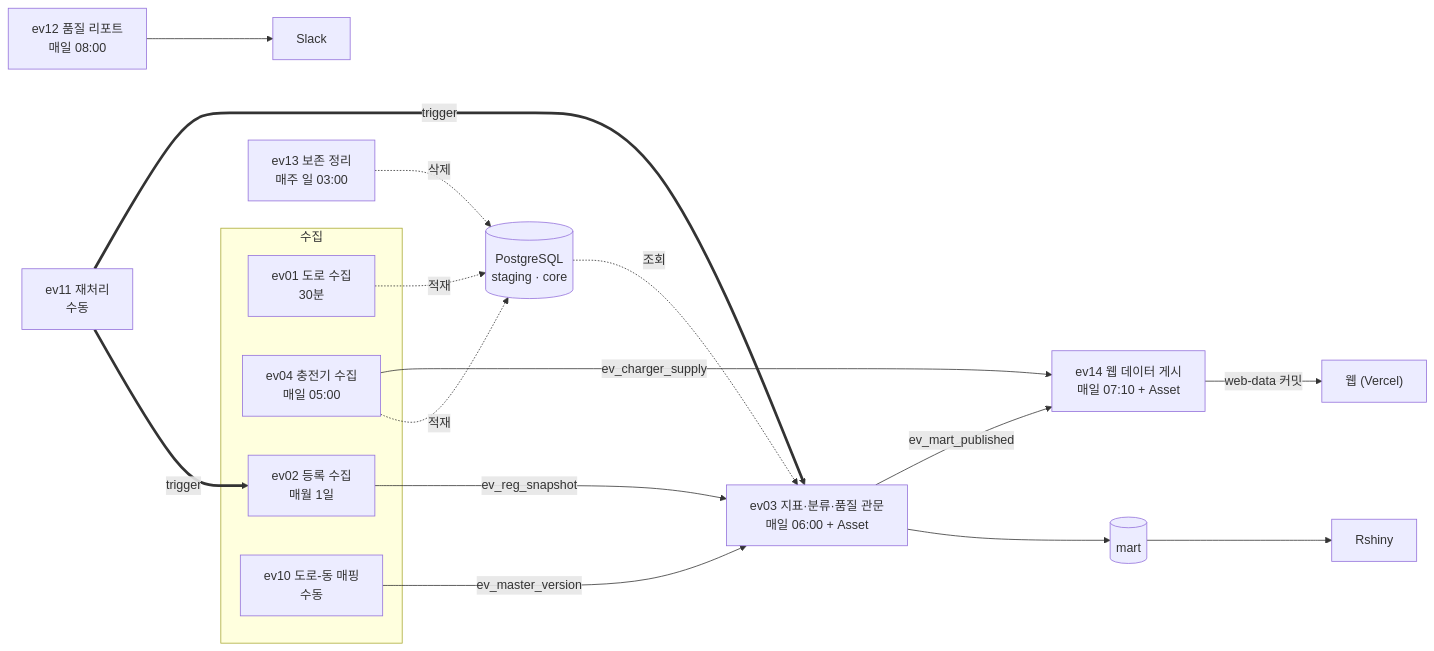
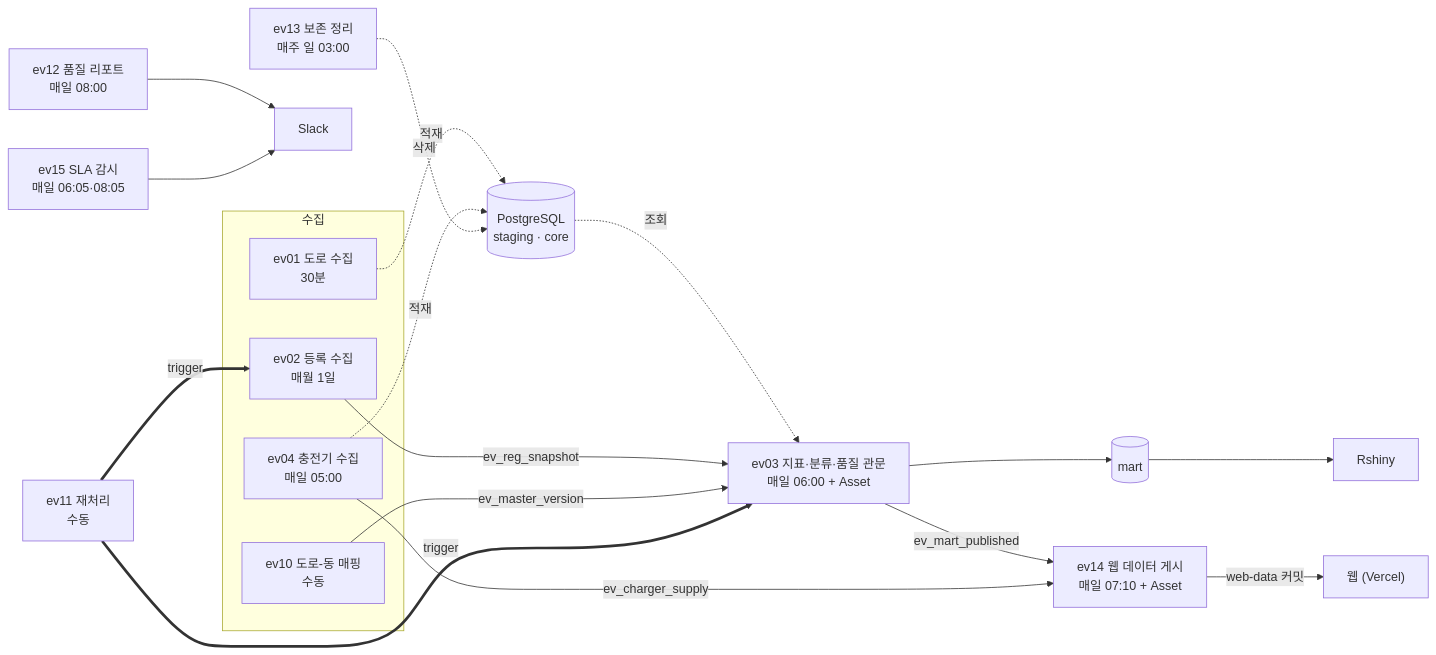
The diagram in README.md (CoderGogh/seoul-ev-data-platform), drawn with Mermaid before and after one commit. The commit also changed other lines of this file, not shown here.

Commit message:
docs: README DAG 목록 ev15 추가

````diff
--- a/README.md
+++ b/README.md
@@ -56,30 +56,31 @@
 ```mermaid
 flowchart LR
     subgraph 수집
         ev01["ev01 도로 수집<br/>30분"]
         ev04["ev04 충전기 수집<br/>매일 05:00"]
         ev02["ev02 등록 수집<br/>매월 1일"]
         ev10["ev10 도로-동 매핑<br/>수동"]
     end
     db[("PostgreSQL<br/>staging · core")]
     ev03["ev03 지표·분류·품질 관문<br/>매일 06:00 + Asset"]
     mart[("mart")]
     ev14["ev14 웹 데이터 게시<br/>매일 07:10 + Asset"]
     web["웹 (Vercel)"]
     shiny["Rshiny"]
 
     ev01 -. 적재 .-> db
     ev04 -. 적재 .-> db
     db -. 조회 .-> ev03
     ev02 -- ev_reg_snapshot --> ev03
     ev10 -- ev_master_version --> ev03
     ev03 --> mart --> shiny
     ev03 -- ev_mart_published --> ev14
     ev04 -- ev_charger_supply --> ev14
     ev14 -- web-data 커밋 --> web
 
     ev11["ev11 재처리<br/>수동"] == trigger ==> ev02
     ev11 == trigger ==> ev03
     ev12["ev12 품질 리포트<br/>매일 08:00"] --> slack["Slack"]
+    ev15["ev15 SLA 감시<br/>매일 06:05·08:05"] --> slack
     ev13["ev13 보존 정리<br/>매주 일 03:00"] -. 삭제 .-> db
 ```
````
